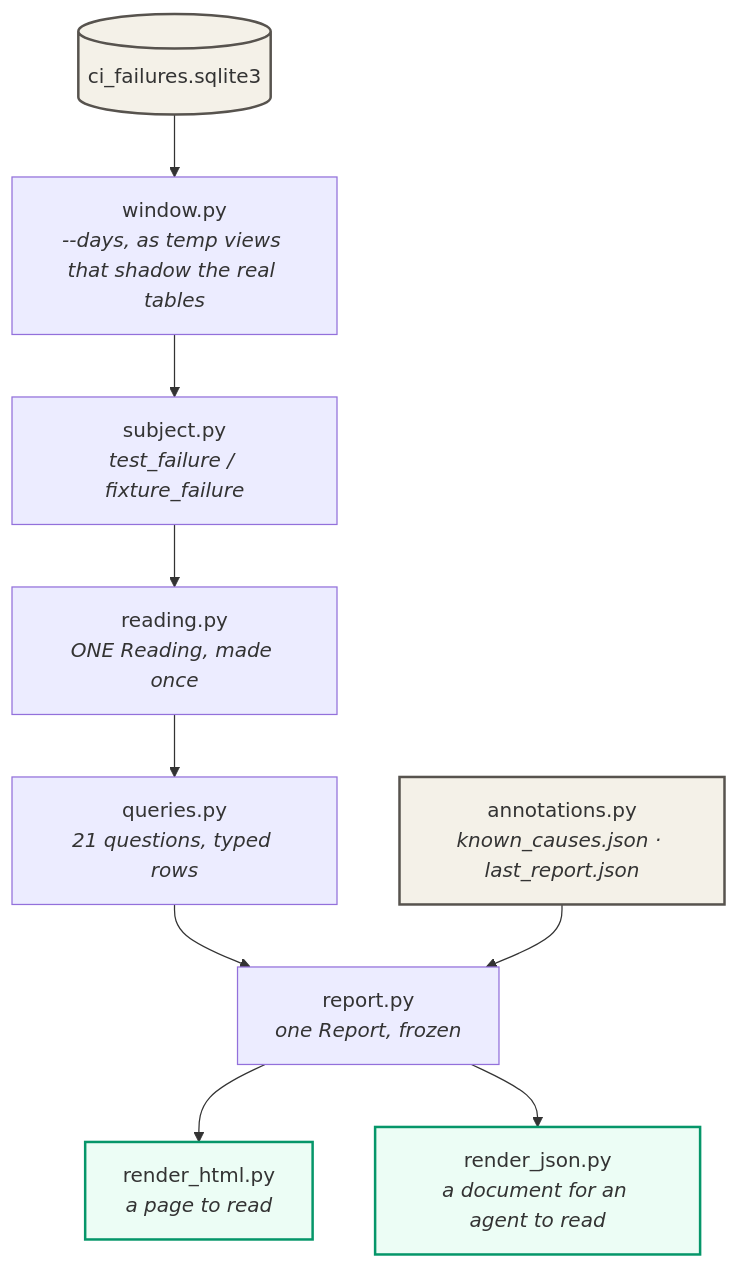
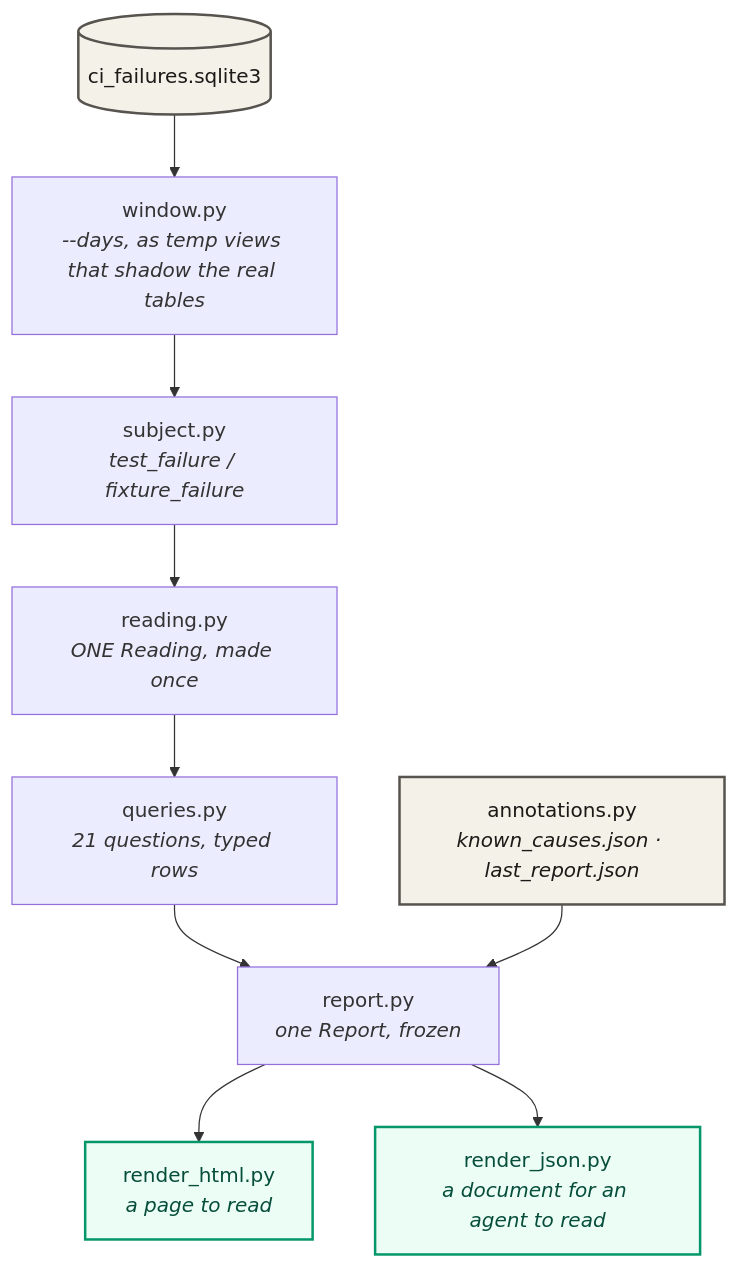
One commit to MarketSquare/robotframework-browser changed the second of 2 diagrams in tools/ci_failures/README.md. Above: the diagram before and after it, drawn with Mermaid. The commit also changed other lines of this file and 9 other files, not shown here.

````diff
--- a/tools/ci_failures/README.md
+++ b/tools/ci_failures/README.md
@@ -83,15 +114,15 @@
 ```mermaid
 flowchart TB
     DB[("ci_failures.sqlite3")] --> WIN["window.py<br/><i>--days, as temp views that shadow the real tables</i>"]
     WIN --> SUB["subject.py<br/><i>test_failure / fixture_failure</i>"]
     SUB --> RDG["reading.py<br/><i>ONE Reading, made once</i>"]
     RDG --> QRY["queries.py<br/><i>21 questions, typed rows</i>"]
     QRY --> REP["report.py<br/><i>one Report, frozen</i>"]
     ANN["annotations.py<br/><i>known_causes.json &middot; last_report.json</i>"] --> REP
     REP --> HTM["render_html.py<br/><i>a page to read</i>"]
     REP --> JSN["render_json.py<br/><i>a document for an agent to read</i>"]
-    classDef store fill:#f4f1e8,stroke:#57534e,stroke-width:2px;
-    classDef out fill:#ecfdf5,stroke:#059669,stroke-width:2px;
+    classDef store fill:#f4f1e8,stroke:#57534e,stroke-width:2px,color:#1c1917;
+    classDef out fill:#ecfdf5,stroke:#059669,stroke-width:2px,color:#064e3b;
     class DB,ANN store
     class HTM,JSN out
 ```
````
